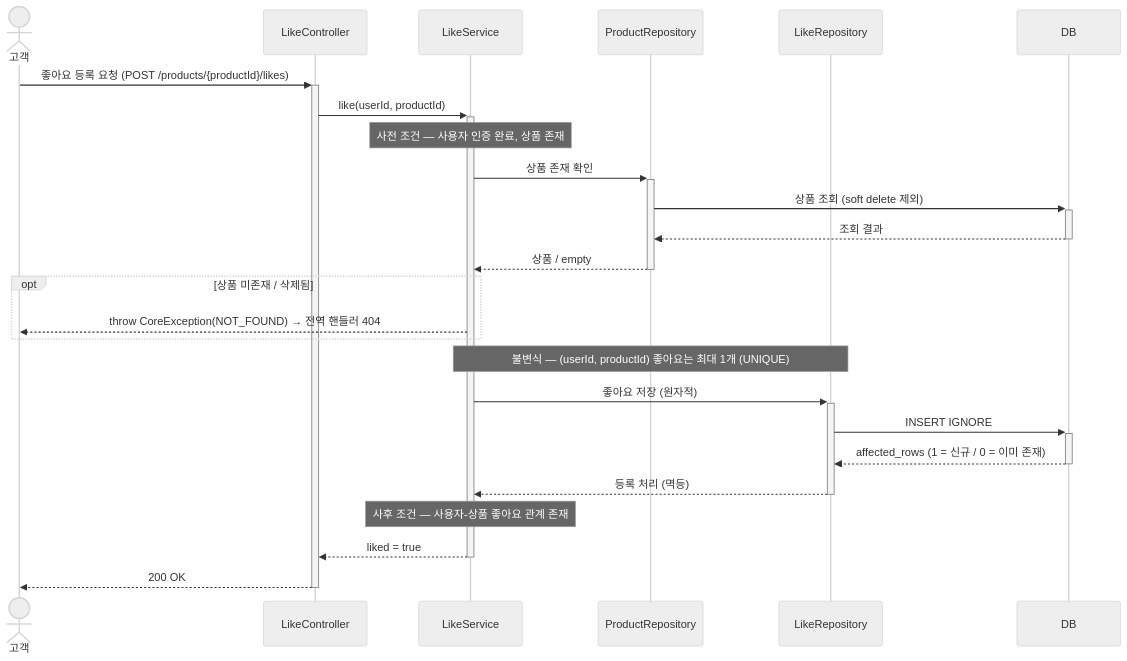
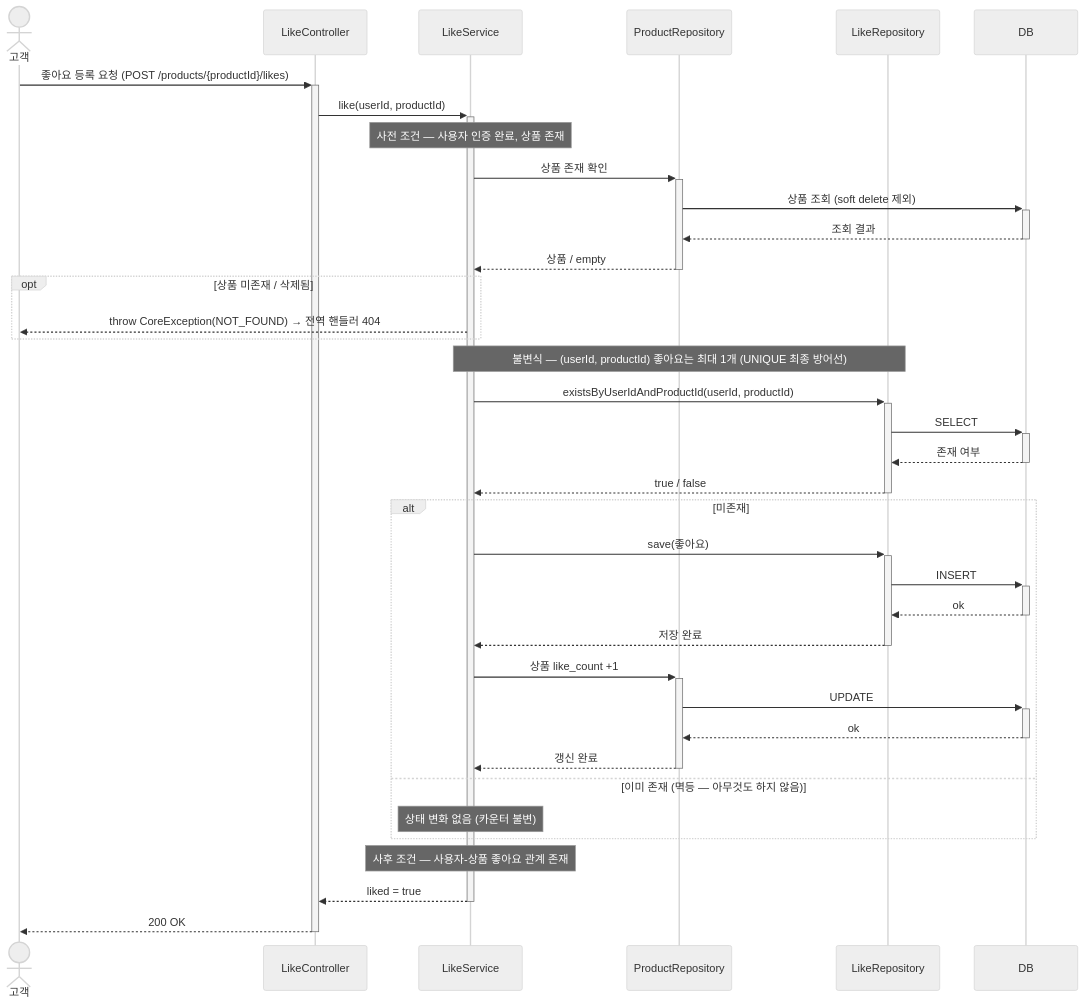
One commit to loopers-labs/loop-pack-be-l2-vol4-java changed the second of 3 diagrams in .docs/design/02-sequence-diagrams.md. Above: the diagram before and after it, drawn with Mermaid (neutral theme). The commit also changed other lines of this file and 3 other files, not shown here.

First line of the commit message:
docs: 이커머스 설계 문서 정합성 정리 및 어드민·좋아요 카운터 반영

````diff
--- a/.docs/design/02-sequence-diagrams.md
+++ b/.docs/design/02-sequence-diagrams.md
@@ -66,28 +75,40 @@
 ```mermaid
 sequenceDiagram
     actor C as 고객
     participant Ctl as LikeController
     participant S as LikeService
     participant PR as ProductRepository
     participant LR as LikeRepository
     participant DB as DB
 
     C->>+Ctl: 좋아요 등록 요청 (POST /products/{productId}/likes)
     Ctl->>+S: like(userId, productId)
     Note over S: 사전 조건 — 사용자 인증 완료, 상품 존재
     S->>+PR: 상품 존재 확인
     PR->>+DB: 상품 조회 (soft delete 제외)
     DB-->>-PR: 조회 결과
     PR-->>-S: 상품 / empty
     opt 상품 미존재 / 삭제됨
         S-->>C: throw CoreException(NOT_FOUND) → 전역 핸들러 404
     end
-    Note over S,LR: 불변식 — (userId, productId) 좋아요는 최대 1개 (UNIQUE)
-    S->>+LR: 좋아요 저장 (원자적)
-    LR->>+DB: INSERT IGNORE
-    DB-->>-LR: affected_rows (1 = 신규 / 0 = 이미 존재)
-    LR-->>-S: 등록 처리 (멱등)
+    Note over S,LR: 불변식 — (userId, productId) 좋아요는 최대 1개 (UNIQUE 최종 방어선)
+    S->>+LR: existsByUserIdAndProductId(userId, productId)
+    LR->>+DB: SELECT
+    DB-->>-LR: 존재 여부
+    LR-->>-S: true / false
+    alt 미존재
+        S->>+LR: save(좋아요)
+        LR->>+DB: INSERT
+        DB-->>-LR: ok
+        LR-->>-S: 저장 완료
+        S->>+PR: 상품 like_count +1
+        PR->>+DB: UPDATE
+        DB-->>-PR: ok
+        PR-->>-S: 갱신 완료
+    else 이미 존재 (멱등 — 아무것도 하지 않음)
+        Note over S: 상태 변화 없음 (카운터 불변)
+    end
     Note over S: 사후 조건 — 사용자-상품 좋아요 관계 존재
     S-->>-Ctl: liked = true
     Ctl-->>-C: 200 OK
 ```
````
